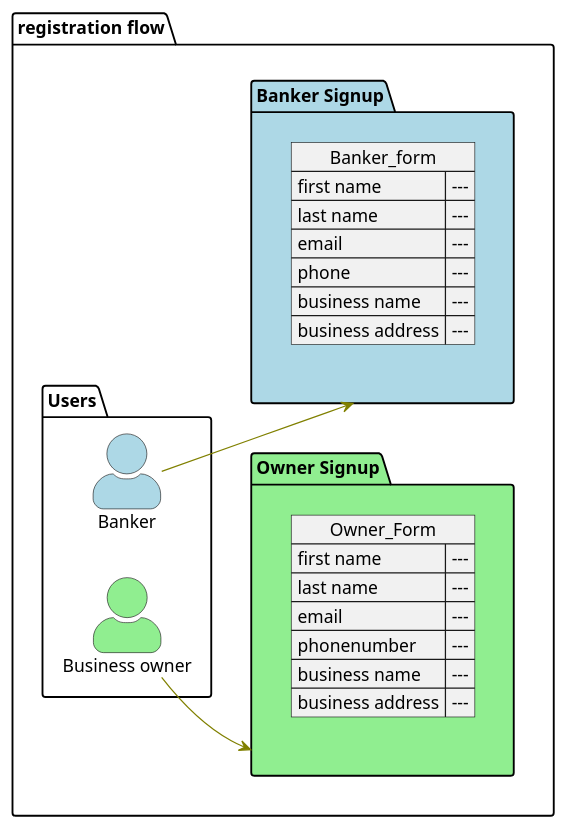
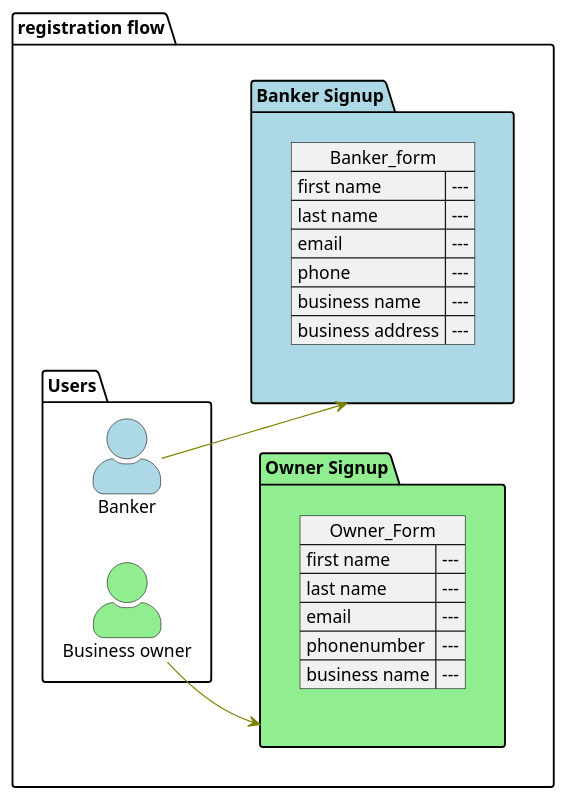
Before and after one commit to dinesh19aug/yeegoals: the diagram in flows/puml/activities/registration.puml, drawn with PlantUML.

Commit message:
Updated registration

```diff
--- a/flows/puml/activities/registration.puml
+++ b/flows/puml/activities/registration.puml
@@ -1,46 +1,46 @@
 @startuml
 allowmixing
 skinparam usecase {
 BackgroundColor DarkSeaGreen
 BorderColor DarkSlateGray
 BackgroundColor<< Main >> YellowGreen
 BorderColor<< Main >> YellowGreen
 ArrowColor Olive
 ActorBorderColor black
 ActorFontName Courier
 ActorBackgroundColor<< Human >> Gold
 }
 
 package "registration flow" {
   skinparam actorStyle awesome
   package Users {
     actor :Business owner: as owner #LightGreen
     actor :Banker: as banker #LightBlue
   }
 
     package "Owner Signup" as ownersignup #LightGreen{
         json Owner_Form {
             "first name": "---",
             "last name": "---",
             "email": "---",
             "phonenumber": "---",
-            "business name": "---",
-            "business address": "---"
+            "business name": "---"
+
         }
     }
 
     package "Banker Signup" as bankersignup #LightBlue{
         json Banker_form{
             "first name": "---",
             "last name": "---",
             "email": "---",
             "phone": "---",
             "business name": "---",
             "business address": "---"
         }
     }
 }
 left to right direction
 owner -down-> ownersignup
 banker -down-> bankersignup
 @enduml
```
